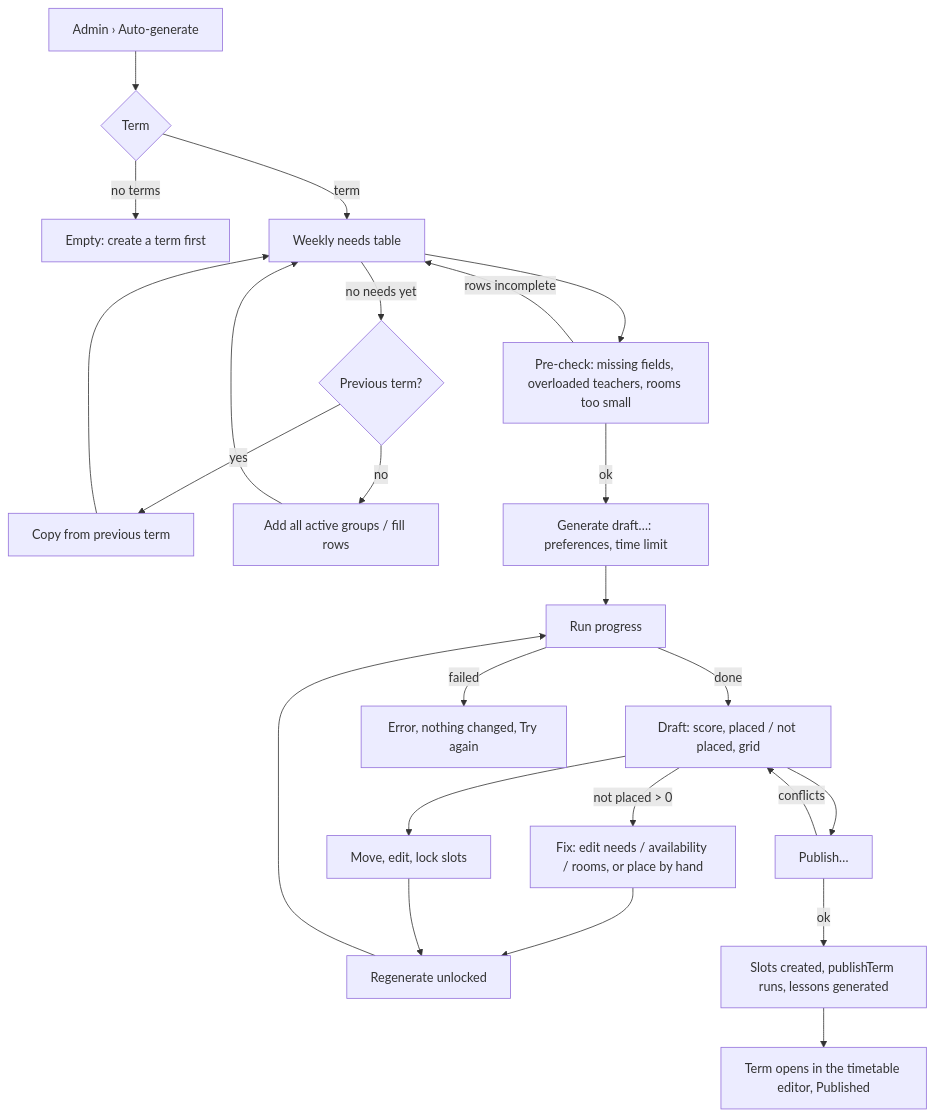
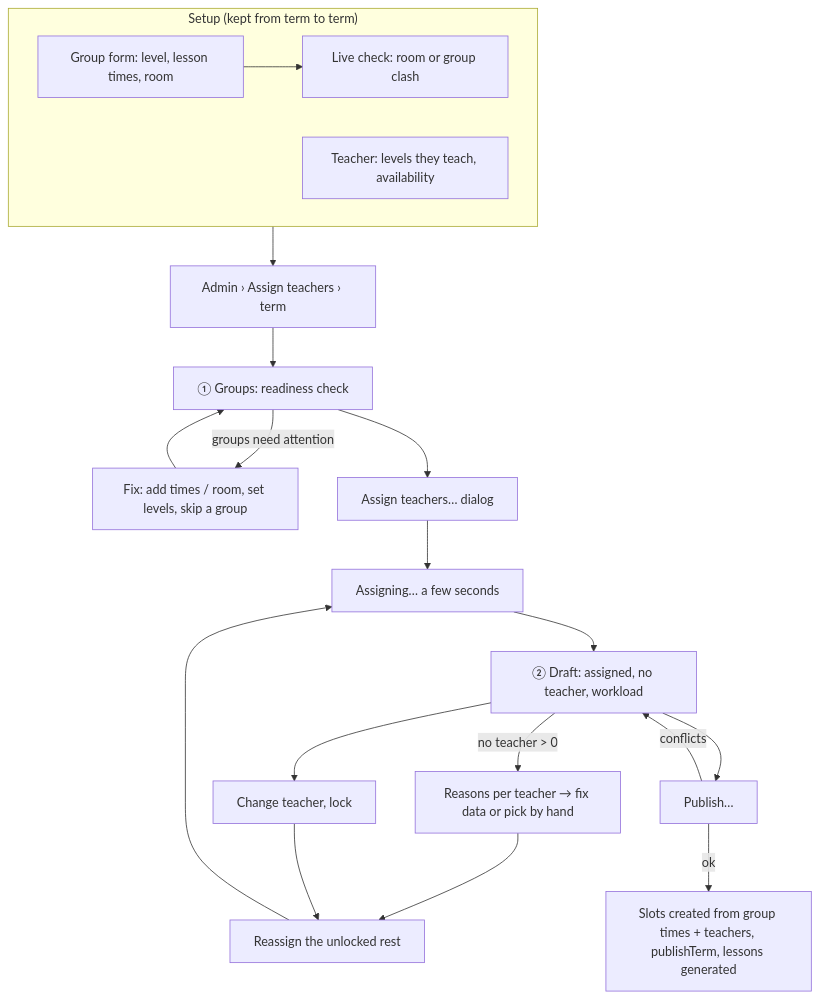
One commit to NoncommissionedRush/schoolmanager changed the first of 2 diagrams in docs/design/timetable-generator.md. Above: the diagram before and after it, drawn with Mermaid. The commit also changed other lines of this file and 1 other file, not shown here.

First line of the commit message:
docs(design): CARM-54 rework generator spec to fixed group times + teacher assignment

````diff
--- a/docs/design/timetable-generator.md
+++ b/docs/design/timetable-generator.md
@@ -72,22 +74,18 @@
 ```mermaid
 flowchart TD
-  A[Admin › Auto-generate] --> T{Term}
-  T -- "no terms" --> NT[Empty: create a term first]
-  T -- term --> D[Weekly needs table]
-  D -- "no needs yet" --> C{Previous term?}
-  C -- yes --> CP[Copy from previous term] --> D
-  C -- no --> AD[Add all active groups / fill rows] --> D
-  D --> PC[Pre-check: missing fields, overloaded teachers, rooms too small]
-  PC -- "rows incomplete" --> D
-  PC -- ok --> G[Generate draft…: preferences, time limit]
-  G --> R[Run progress]
-  R -- done --> DR[Draft: score, placed / not placed, grid]
-  R -- failed --> ER[Error, nothing changed, Try again]
-  DR -- "not placed > 0" --> FX[Fix: edit needs / availability / rooms, or place by hand]
-  FX --> RG[Regenerate unlocked] --> R
-  DR --> ED[Move, edit, lock slots] --> RG
+  subgraph Setup["Setup (kept from term to term)"]
+    G[Group form: level, lesson times, room] --> GC[Live check: room or group clash]
+    T[Teacher: levels they teach, availability]
+  end
+  Setup --> A[Admin › Assign teachers › term]
+  A --> R[① Groups: readiness check]
+  R -- "groups need attention" --> FX[Fix: add times / room, set levels, skip a group] --> R
+  R --> D[Assign teachers… dialog]
+  D --> RUN[Assigning… a few seconds]
+  RUN --> DR[② Draft: assigned, no teacher, workload]
+  DR -- "no teacher > 0" --> NT[Reasons per teacher → fix data or pick by hand] --> RE[Reassign the unlocked rest] --> RUN
+  DR --> ED[Change teacher, lock] --> RE
   DR --> P[Publish…]
   P -- conflicts --> DR
-  P -- ok --> PUB[Slots created, publishTerm runs, lessons generated]
-  PUB --> E[Term opens in the timetable editor, Published]
+  P -- ok --> PUB[Slots created from group times + teachers, publishTerm, lessons generated]
 ```
````
